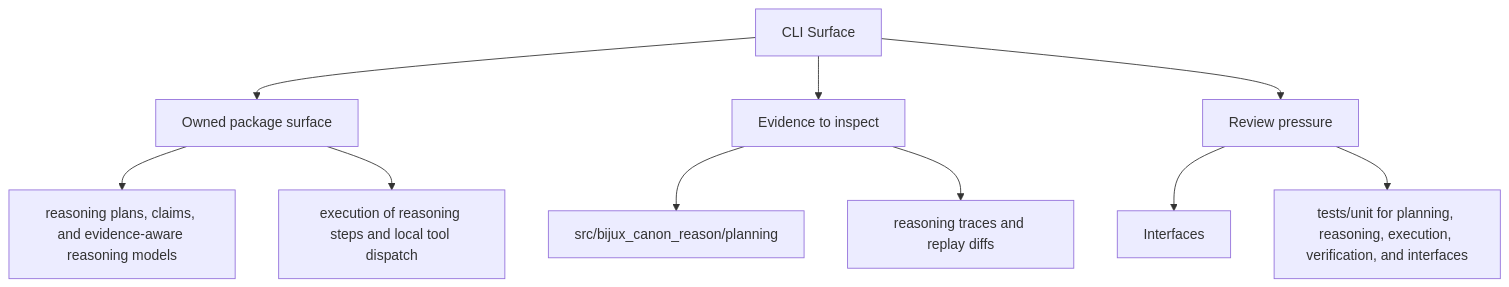
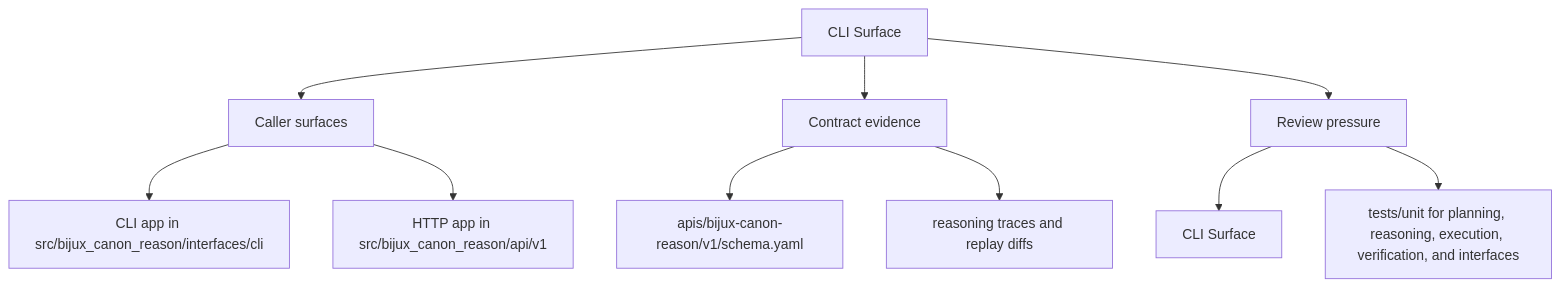
One commit to bijux/bijux-canon changed the second of 2 diagrams in docs/bijux-canon-reason/interfaces/cli-surface.md. Above: the diagram before and after it, drawn with Mermaid. The commit also changed other lines of this file and 250 other files, not shown here.

Commit message:
docs(diagrams): make product page maps more readable

````diff
--- a/docs/bijux-canon-reason/interfaces/cli-surface.md
+++ b/docs/bijux-canon-reason/interfaces/cli-surface.md
@@ -36,22 +36,22 @@
 ```mermaid
 flowchart TD
     page["CLI Surface"]
-    focus1["Owned package surface"]
+    focus1["Caller surfaces"]
     page --> focus1
-    focus1_1["reasoning plans, claims, and evidence-aware reasoning models"]
+    focus1_1["CLI app in src/bijux_canon_reason/interfaces/cli"]
     focus1 --> focus1_1
-    focus1_2["execution of reasoning steps and local tool dispatch"]
+    focus1_2["HTTP app in src/bijux_canon_reason/api/v1"]
     focus1 --> focus1_2
-    focus2["Evidence to inspect"]
+    focus2["Contract evidence"]
     page --> focus2
-    focus2_1["src/bijux_canon_reason/planning"]
+    focus2_1["apis/bijux-canon-reason/v1/schema.yaml"]
     focus2 --> focus2_1
     focus2_2["reasoning traces and replay diffs"]
     focus2 --> focus2_2
     focus3["Review pressure"]
     page --> focus3
-    focus3_1["Interfaces"]
+    focus3_1["CLI Surface"]
     focus3 --> focus3_1
     focus3_2["tests/unit for planning, reasoning, execution, verification, and interfaces"]
     focus3 --> focus3_2
 ```
````
